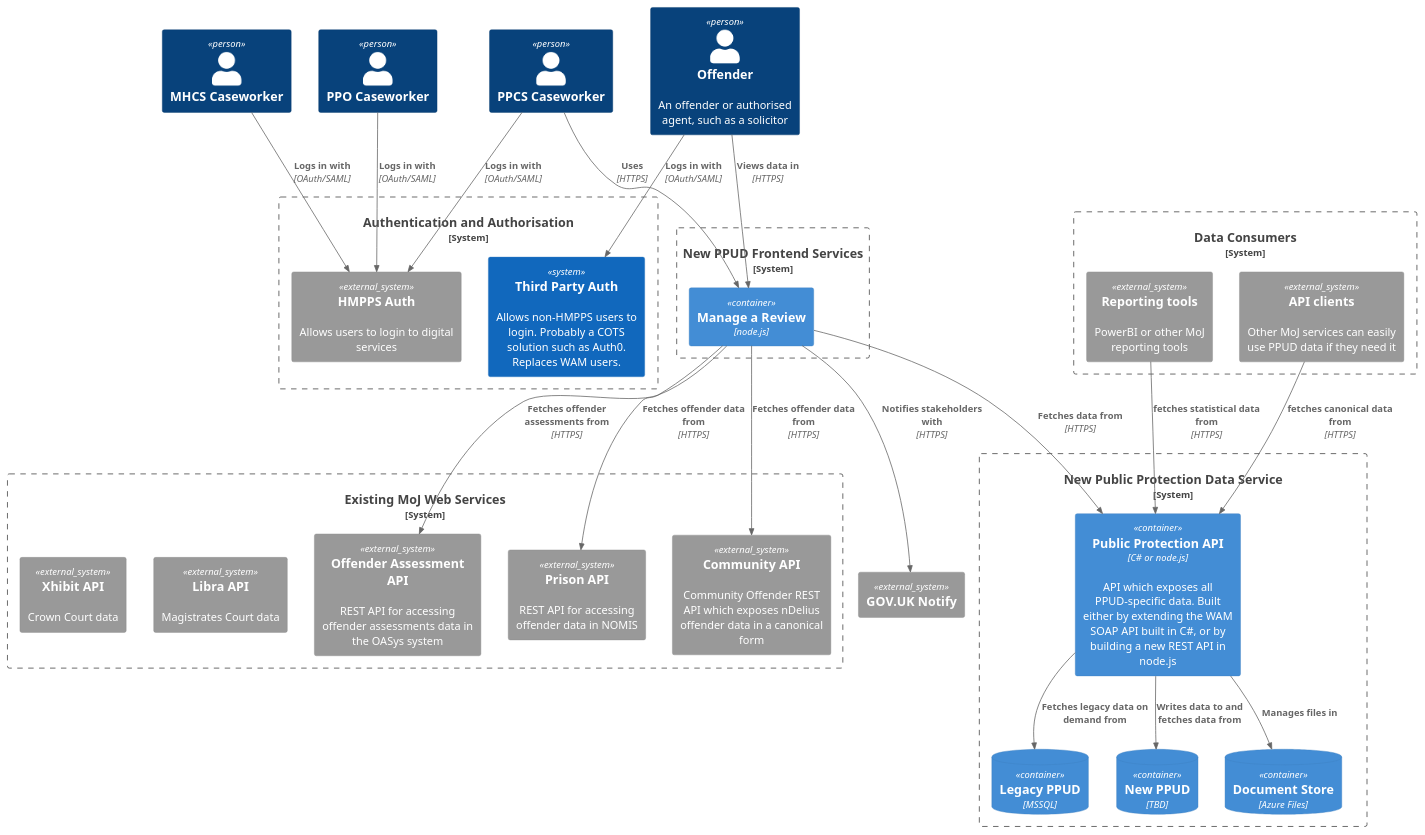
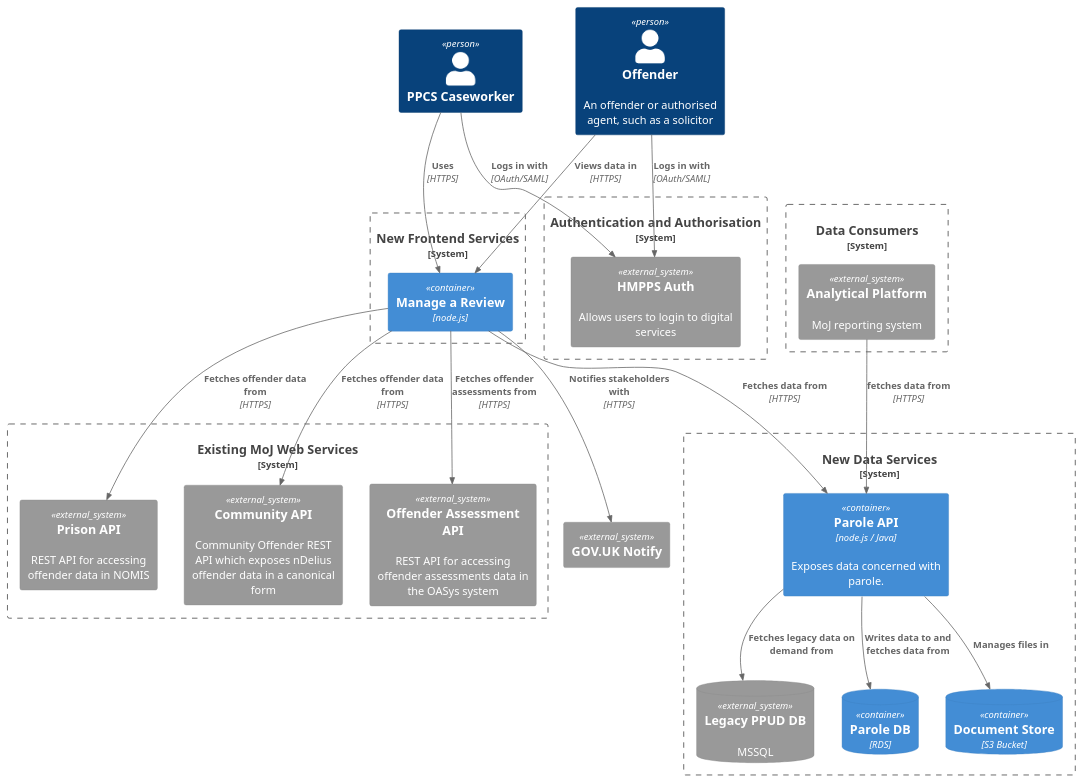
The diagram in component_diagram.puml (dxw/moj-ppud-alpha-technical-architecture), drawn with PlantUML before and after one commit.

Commit message:
update naming on system diagram

```diff
--- a/component_diagram.puml
+++ b/component_diagram.puml
@@ -1,89 +1,81 @@
-@startuml New PPUD Services System Context Diagram
+@startuml System Context Diagram
 !includeurl https://raw.githubusercontent.com/RicardoNiepel/C4-PlantUML/release/1-0/C4_Component.puml
 
+skinparam BackgroundColor #00000000
+
 Person(caseworker, "PPCS Caseworker")
-Person(mhcs_caseworker, "MHCS Caseworker")
-Person(ppo_caseworker, "PPO Caseworker")
+' Person(mhcs_caseworker, "MHCS Caseworker")
+' Person(ppo_caseworker, "PPO Caseworker")
 Person(offender, "Offender", "An offender or authorised agent, such as a solicitor")
 
 System_Boundary(authSys, "Authentication and Authorisation") {
-
   System_Ext(IAM, "HMPPS Auth", "Allows users to login to digital services")
-  System(extAuth, "Third Party Auth", "Allows non-HMPPS users to login. Probably a COTS solution such as Auth0. Replaces WAM users.")
   Rel(caseworker, IAM, "Logs in with", "OAuth/SAML")
-  Rel(mhcs_caseworker, IAM, "Logs in with", "OAuth/SAML")
-  Rel(ppo_caseworker, IAM, "Logs in with", "OAuth/SAML")
-  Rel(offender, extAuth, "Logs in with", "OAuth/SAML")
-
+  ' Rel(mhcs_caseworker, IAM, "Logs in with", "OAuth/SAML")
+  ' Rel(ppo_caseworker, IAM, "Logs in with", "OAuth/SAML")
+  Rel(offender, IAM, "Logs in with", "OAuth/SAML")
 }
 
 System_Ext(notify, "GOV.UK Notify")
 
 System_Boundary(moj, "Existing MoJ Web Services") {
   System_Ext(PrisonAPI, "Prison API", "REST API for accessing offender data in NOMIS")
   System_Ext(CommunityAPI, "Community API", "Community Offender REST API which exposes nDelius offender data in a canonical form")
   System_Ext(OASysAPI, "Offender Assessment API", "REST API for accessing offender assessments data in the OASys system")
-  System_Ext(libra, "Libra API", "Magistrates Court data")
-  System_Ext(xhibit, "Xhibit API", "Crown Court data")
 }
 
-System_Boundary(ppud, "New Public Protection Data Service") {
-
-  Container(ppudAPI, "Public Protection API", "C# or node.js", "API which exposes all PPUD-specific data. Built either by extending the WAM SOAP API built in C#, or by building a new REST API in node.js")
-  ContainerDb(legacyDB, "Legacy PPUD", "MSSQL")
-  ContainerDb(ppudDB, "New PPUD", "TBD")
-  ContainerDb(docStorage, "Document Store", "Azure Files")
+System_Boundary(ppud, "New Data Services") {
+  Container(ppudAPI, "Parole API", "node.js / Java", "Exposes data concerned with parole.")
+  SystemDb_Ext(legacyDB, "Legacy PPUD DB", "MSSQL")
+  ContainerDb(ppudDB, "Parole DB", "RDS")
+  ContainerDb(docStorage, "Document Store", "S3 Bucket")
   Rel(ppudAPI, legacyDB, "Fetches legacy data on demand from")
   Rel(ppudAPI, ppudDB, "Writes data to and fetches data from")
   Rel(ppudAPI, docStorage, "Manages files in")
-
 }
 
 System_Boundary(consumers, "Data Consumers") {
-
-  System_Ext(ppudClients, "API clients", "Other MoJ services can easily use PPUD data if they need it")
-  System_Ext(ppudReporting, "Reporting tools", "PowerBI or other MoJ reporting tools")
-  Rel(ppudClients, ppudAPI, "fetches canonical data from", "HTTPS")
-  Rel(ppudReporting, ppudAPI, "fetches statistical data from", "HTTPS")
+  System_Ext(ppudReporting, "Analytical Platform", "MoJ reporting system")
+  Rel(ppudReporting, ppudAPI, "fetches data from", "HTTPS")
 }
 
-System_Boundary(services, "New PPUD Frontend Services") {
+System_Boundary(services, "New Frontend Services") {
 
   Container(review, "Manage a Review", "node.js")
   Rel(caseworker, review, "Uses", "HTTPS")
   Rel(offender, review, "Views data in", "HTTPS")
   Rel(review, ppudAPI, "Fetches data from", "HTTPS")
   Rel(review, PrisonAPI, "Fetches offender data from", "HTTPS")
   Rel(review, CommunityAPI, "Fetches offender data from", "HTTPS")
   Rel(review, OASysAPI, "Fetches offender assessments from", "HTTPS")
   Rel(review, notify, "Notifies stakeholders with", "HTTPS")
 
   ' Container(recall, "Manage a Recall", "node.js")
   ' Rel(caseworker, recall, "Uses", "HTTPS")
   ' Rel(recall, ppudAPI, "Fetches data from", "HTTPS")
   ' Rel(recall, PrisonAPI, "Fetches offender data from", "HTTPS")
   ' Rel(recall, CommunityAPI, "Fetches offender data from", "HTTPS")
   ' Rel(recall, OASysAPI, "Fetches offender assessments from", "HTTPS")
   ' Rel(recall, notify, "Notifies stakeholders with", "HTTPS")
 
   ' Container(movements, "Move to or from Hospital", "node.js")
   ' Rel(mhcs_caseworker, movements, "Uses", "HTTPS")
   ' Rel(movements, ppudAPI, "Fetches data from", "HTTPS")
   ' Rel(movements, PrisonAPI, "Fetches offender data from", "HTTPS")
   ' Rel(movements, notify, "Notifies stakeholders with", "HTTPS")
 
   ' Container(complaints, "Investigate Complaints", "node.js")
   ' Rel(ppo_caseworker, complaints, "Uses", "HTTPS")
   ' Rel(complaints, ppudAPI, "Fetches data from", "HTTPS")
   ' Rel(complaints, PrisonAPI, "Fetches offender data from", "HTTPS")
   ' Rel(complaints, notify, "Notifies stakeholders with", "HTTPS")
 
   ' Container(deaths, "Investigate Deaths", "node.js")
   ' Rel(ppo_caseworker, deaths, "Uses", "HTTPS")
   ' Rel(deaths, ppudAPI, "Fetches data from", "HTTPS")
   ' Rel(deaths, PrisonAPI, "Fetches offender data from", "HTTPS")
   ' Rel(deaths, notify, "Notifies stakeholders with", "HTTPS")
 
 }
 
 @enduml
```
